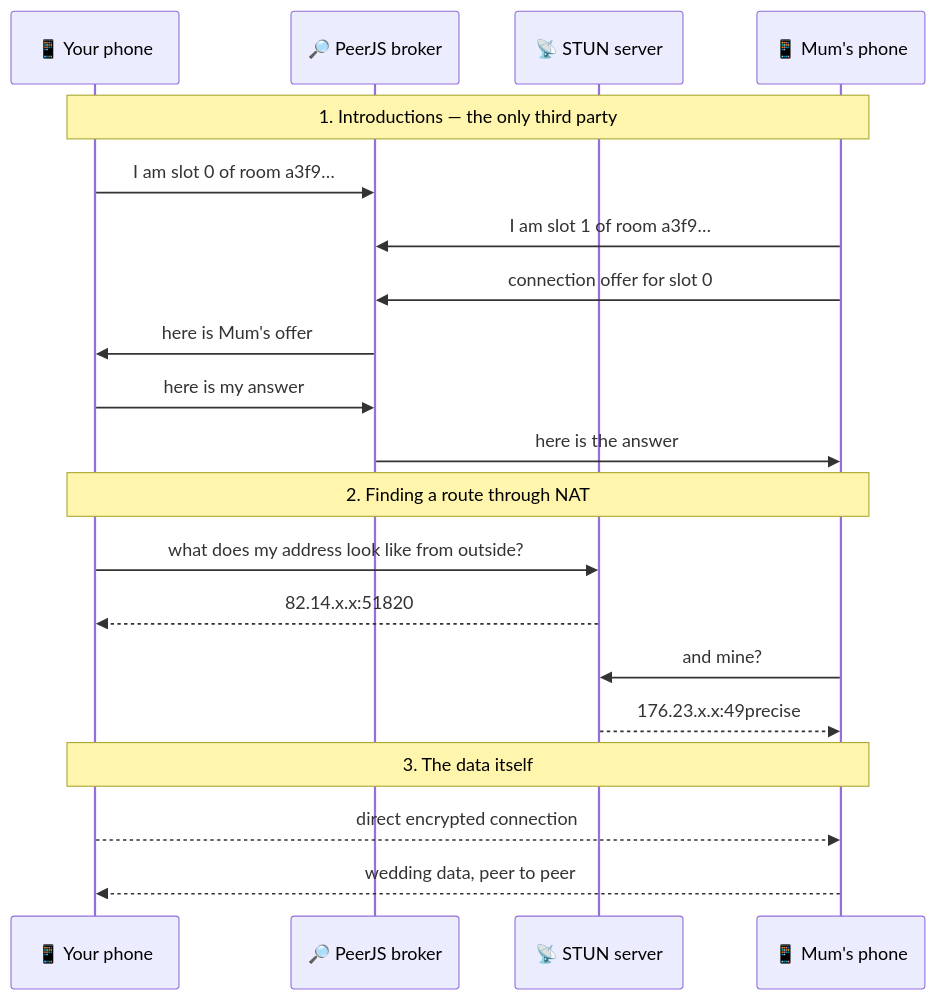
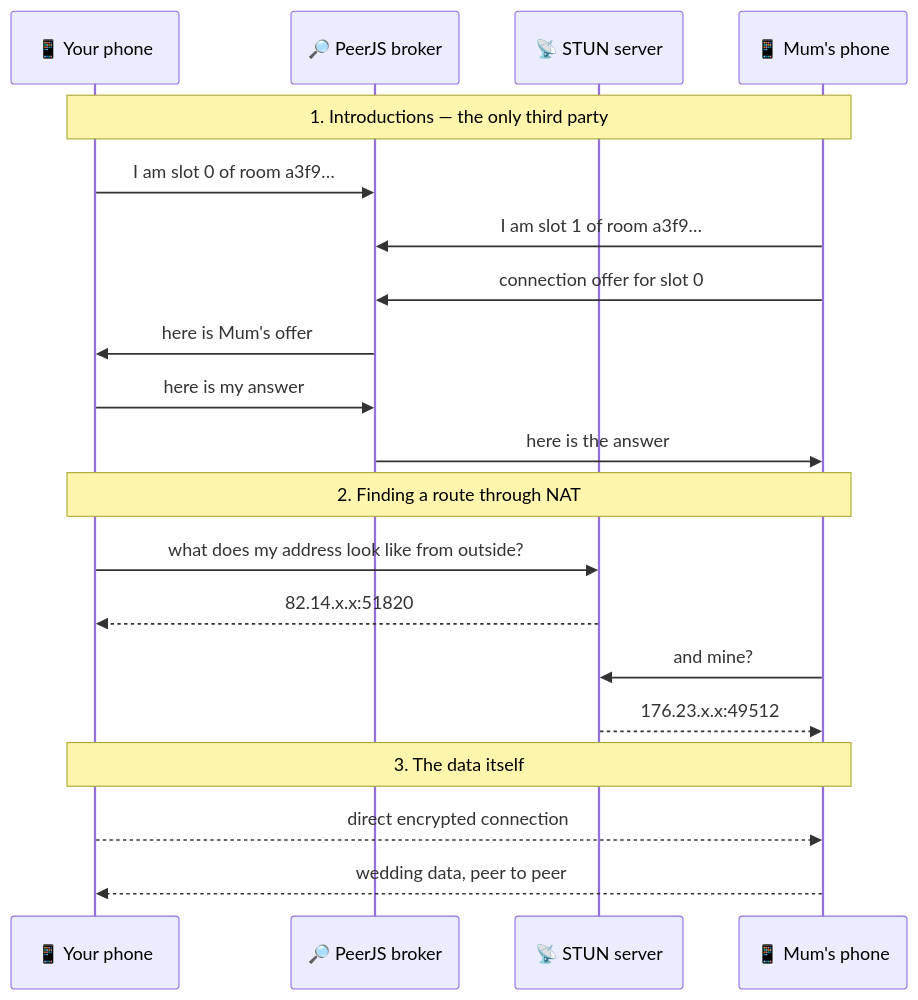
The second of 8 diagrams in docs/ARCHITECTURE.md (omgr/kalyanam), drawn with Mermaid before and after one commit.

Commit message:
Fix garbled port number in the NAT traversal diagram
All eight diagrams checked by rendering them through mermaid-cli rather than
trusting them to look right in the source.

````diff
--- a/docs/ARCHITECTURE.md
+++ b/docs/ARCHITECTURE.md
@@ -61,25 +61,25 @@
 ```mermaid
 sequenceDiagram
     participant A as 📱 Your phone
     participant S as 🔎 PeerJS broker
     participant T as 📡 STUN server
     participant B as 📱 Mum's phone
 
     Note over A,B: 1. Introductions — the only third party
     A->>S: I am slot 0 of room a3f9…
     B->>S: I am slot 1 of room a3f9…
     B->>S: connection offer for slot 0
     S->>A: here is Mum's offer
     A->>S: here is my answer
     S->>B: here is the answer
 
     Note over A,B: 2. Finding a route through NAT
     A->>T: what does my address look like from outside?
     T-->>A: 82.14.x.x:51820
     B->>T: and mine?
-    T-->>B: 176.23.x.x:49precise
+    T-->>B: 176.23.x.x:49512
 
     Note over A,B: 3. The data itself
     A-->>B: direct encrypted connection
     B-->>A: wedding data, peer to peer
 ```
````
